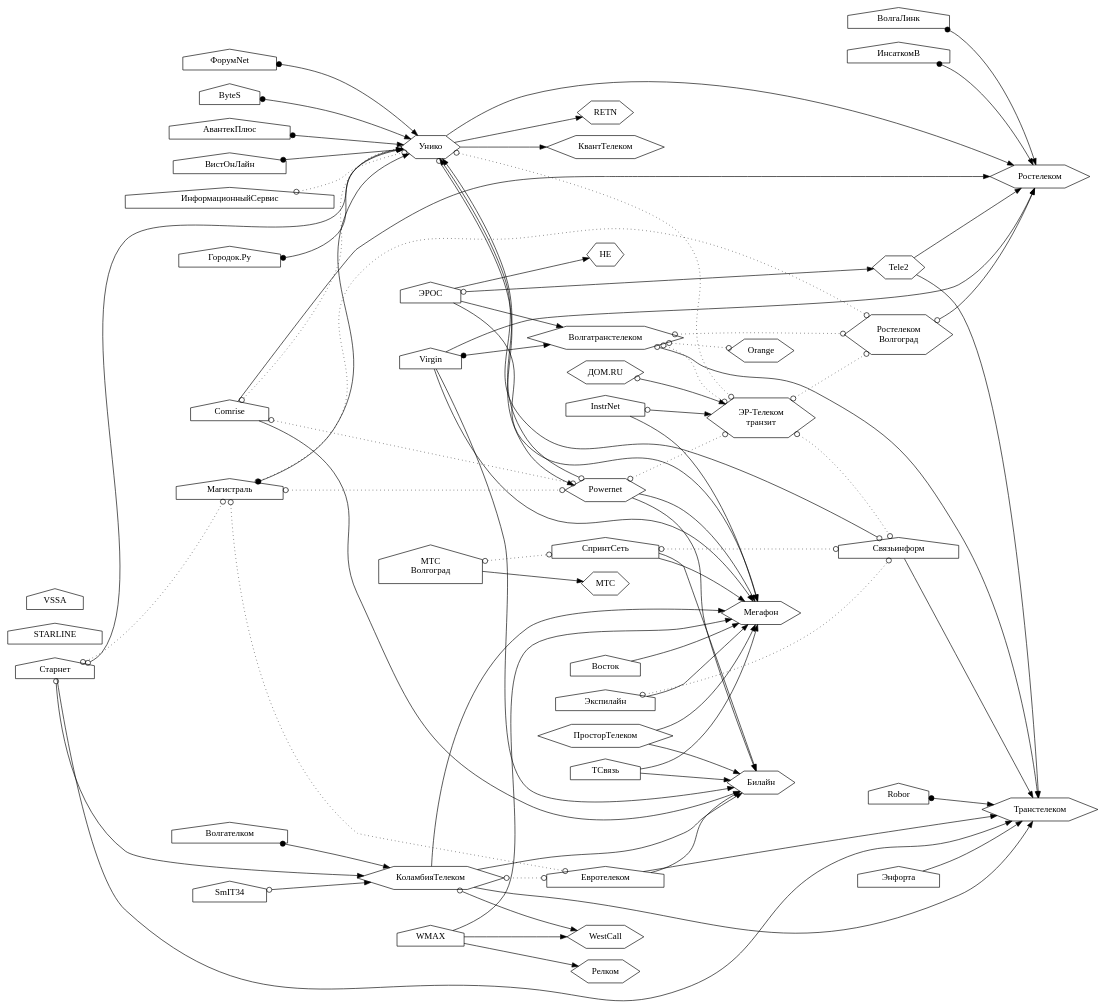
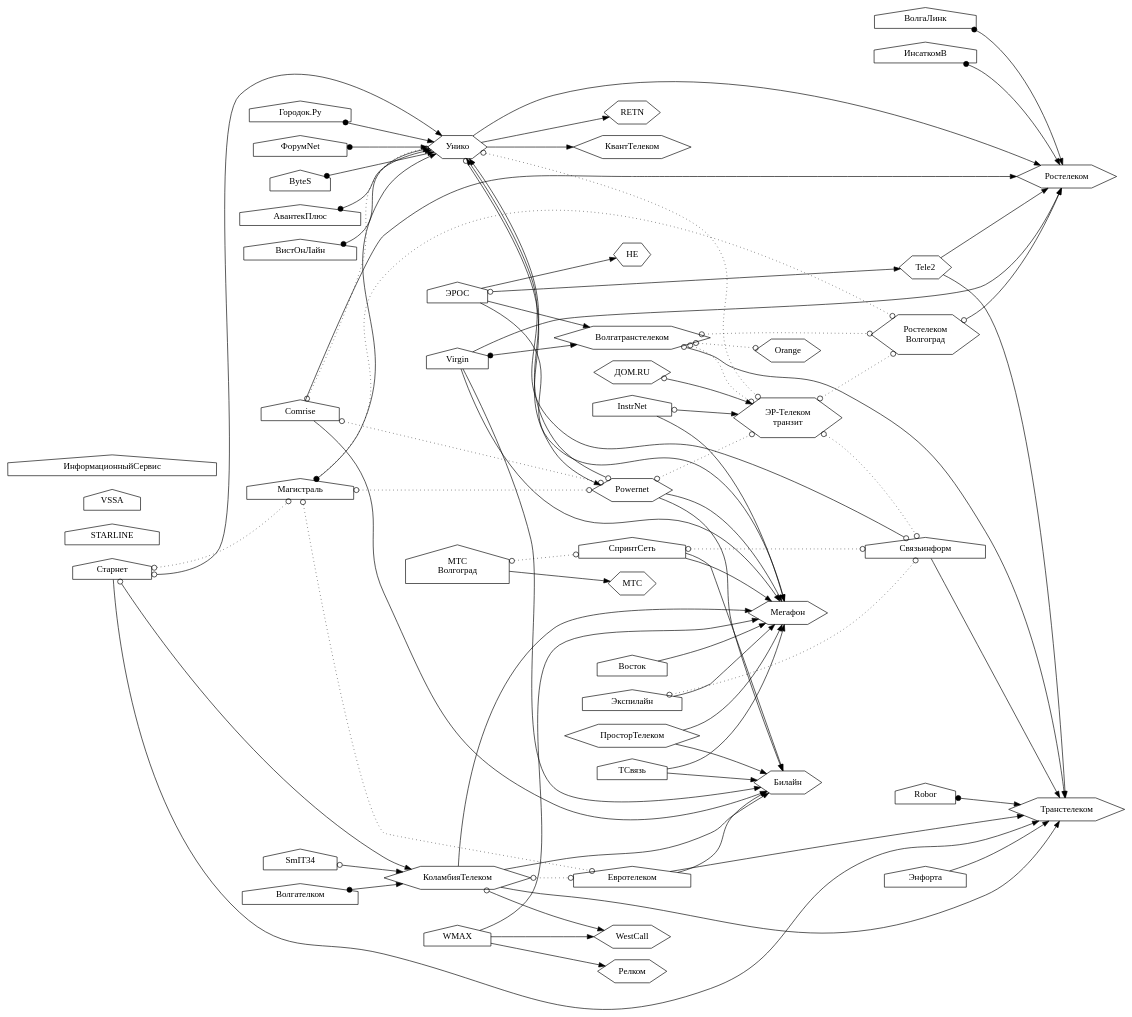
One commit to Urlandi/elsv-v.ru changed the diagram in static/links/links.dot. Above: the diagram before and after it, drawn with Graphviz. The commit also changed 5 other files, not shown here.

```diff
--- a/static/links/links.dot
+++ b/static/links/links.dot
@@ -1,187 +1,186 @@
 digraph ispgraph {
 
 rankdir = LR;
 node [shape=house;];
 
 Унико, ДомРу, ЭрТелеком, Транстелеком, Волгатранстелеком, Релком [shape=hexagon;];
 Мегафон, Вымпелком, КоламбияТелеком, Ростелеком, HE, КвантТелеком [shape=hexagon;];
 Tele2, МТС, ЮТК, Orange, ПросторТелеком, WestCall, Powernet, RETN [shape=hexagon;];
 
 ДомРу [label="ДОМ.RU"];
 ЭрТелеком [label="ЭР-Телеком\nтранзит"];
 МКС [label="МТС\nВолгоград"];
 ЮТК [label="Ростелеком\nВолгоград"];
 Вымпелком [label="Билайн"];
 ГородокТочкаРу [label="Городок.Ру"];
 
 subgraph backbone {/*Собственная опорная сеть*/
 Транстелеком;
 Мегафон;
 Вымпелком;
 Ростелеком;
 HE;
 МТС;
 Orange;
 ЭрТелеком;
 WestCall;
 };
 
 subgraph Ростелеком {/*Провайдеры члены Ростелеком*/
 Ростелеком;
 ЮТК;
 };
 
 subgraph ЭрТелекомХолдинг {/*ЭР-Телеком*/
 ДомРу;
 ЭрТелеком;
 };
 
 subgraph WestCall {/*Провайдеры члены WestCall*/
 WestCall;
 КоламбияТелеком;
 };
 
 {/*Отсутствует информация о подключении*/
 STARLINE;
 VSSA;
+ИнформационныйСервис;
 };
 
 
 {/*Магистральные связи*/
 
 Связьинформ -> Транстелеком;
 
 Tele2 -> Ростелеком;
 Tele2 -> Транстелеком;
 
 СпринтСеть -> Вымпелком;
 СпринтСеть -> Мегафон;
 
 Старнет -> Транстелеком;
 
 Экспилайн -> Мегафон;
 
 ЭРОС -> Волгатранстелеком;
 ЭРОС -> HE;
 ЭРОС -> Мегафон;
 
 Comrise -> Ростелеком;
 Comrise -> Вымпелком;
 
 МКС -> МТС;
 
 Powernet -> Мегафон;
 Powernet -> Вымпелком;
 
 Евротелеком -> Транстелеком;
 Евротелеком -> Вымпелком;
 
 КоламбияТелеком -> Транстелеком;
 КоламбияТелеком -> Вымпелком;
 КоламбияТелеком -> Мегафон;
 
 Virgin -> Вымпелком;
 Virgin -> Мегафон;
 Virgin -> Ростелеком;
 
 Унико -> Ростелеком;
 Унико -> RETN;
 Унико -> КвантТелеком;
 
 Энфорта -> Транстелеком;
 
 ПросторТелеком -> Вымпелком;
 ПросторТелеком -> Мегафон;
 
 WMAX -> Мегафон;
 WMAX -> WestCall;
 WMAX -> Релком;
 
 InstrNet -> Мегафон;
 
 ТСвязь -> Мегафон;
 ТСвязь -> Вымпелком;
 
 Восток -> Мегафон;
 
 {/*Пиринг с магистральным оператором*/
 edge [dir=both; arrowtail=odot;];
 
 Связьинформ -> Унико;
 
 Старнет -> КоламбияТелеком;
 Старнет -> Унико;
 
 ЭРОС -> Tele2;
 
 Powernet -> Унико;
 Унико -> Powernet;
 
 ЮТК -> Ростелеком;
 
 Волгатранстелеком -> Транстелеком;
 
 ДомРу -> ЭрТелеком;
 
 InstrNet -> ЭрТелеком;
 
 КоламбияТелеком -> WestCall;
 
 SmIT34 -> КоламбияТелеком;
 
 };
 
 {/*Маршрутизация на оборудовании магистрального оператора*/
 edge [dir=both; arrowtail=dot;];
 
 ВолгаЛинк -> Ростелеком;
 Волгателком -> КоламбияТелеком;
 ИнсаткомВ -> Ростелеком;
 Магистраль -> Унико;
 ГородокТочкаРу -> Унико;
 ФорумNet -> Унико;
 ByteS -> Унико;
 АвантекПлюс -> Унико;
 Robor -> Транстелеком;
 Virgin -> Волгатранстелеком;
 ВистОнЛайн -> Унико;
 };
 
 };
 
 {/*Пиринг*/
 
 edge [dir=both; arrowhead=odot; arrowtail=odot; style=dotted;];
 
 СпринтСеть -> Связьинформ;
 МКС -> СпринтСеть;
 
 Старнет -> Магистраль;
 
 Экспилайн -> Связьинформ;
 
 Comrise -> Унико;
 Comrise -> Powernet;
 
 Powernet -> ЭрТелеком;
 
 КоламбияТелеком -> Евротелеком;
 
 Магистраль -> Powernet;
 Магистраль -> ЮТК;
 Магистраль -> Евротелеком;
 
 Унико -> ЭрТелеком;
 
-ИнформационныйСервис -> Унико;
-
 Волгатранстелеком -> ЮТК;
 Волгатранстелеком -> ЭрТелеком;
 Волгатранстелеком -> Orange;
 
 ЭрТелеком -> ЮТК;
 ЭрТелеком -> Связьинформ;
 
 };
 
 }
```
